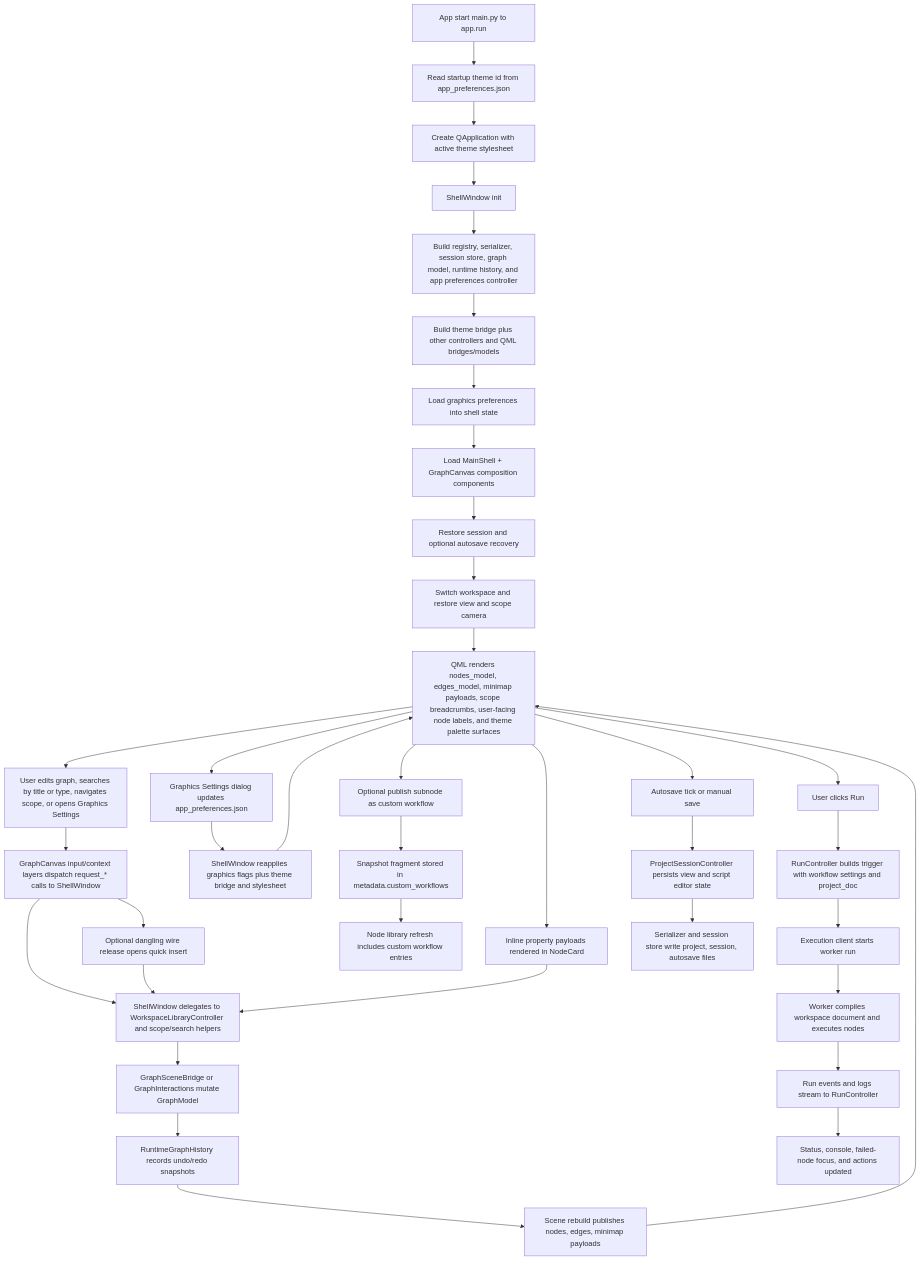
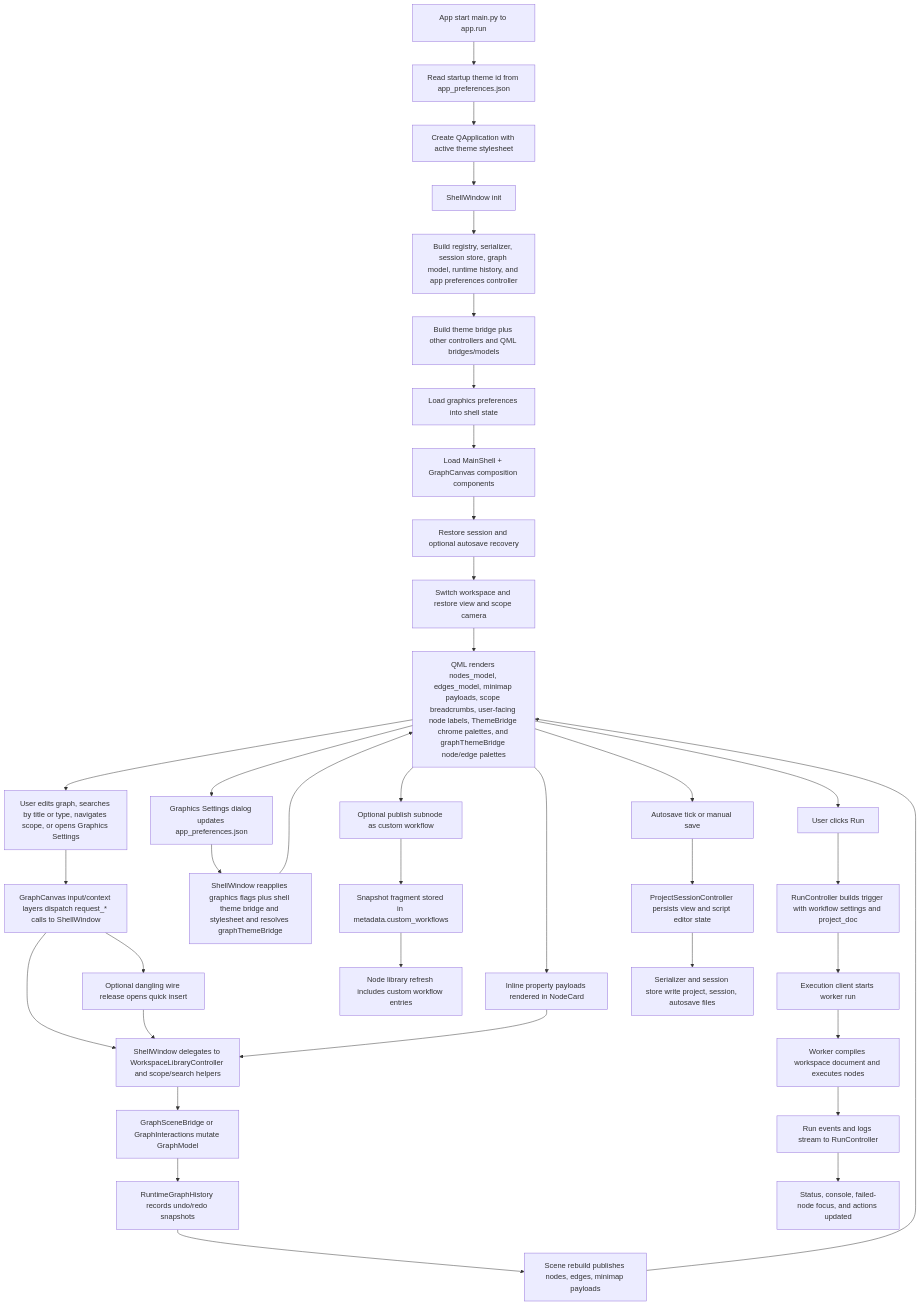
One commit to emreatay993/EA_Node changed the diagram in docs/architecture_diagrams/runtime_pipeline.mmd. Above: the diagram before and after it, drawn with Mermaid. The commit also changed 9 other files, not shown here.

Commit message:
Refresh getting started docs and architecture exports

```diff
--- a/docs/architecture_diagrams/runtime_pipeline.mmd
+++ b/docs/architecture_diagrams/runtime_pipeline.mmd
@@ -1,43 +1,43 @@
 flowchart TD
     A[App start main.py to app.run] --> B[Read startup theme id from app_preferences.json]
     B --> C[Create QApplication with active theme stylesheet]
     C --> D[ShellWindow init]
     D --> E[Build registry, serializer, session store, graph model, runtime history, and app preferences controller]
     E --> F[Build theme bridge plus other controllers and QML bridges/models]
     F --> G[Load graphics preferences into shell state]
     G --> H[Load MainShell + GraphCanvas composition components]
     H --> I[Restore session and optional autosave recovery]
     I --> J[Switch workspace and restore view and scope camera]
-    J --> K[QML renders nodes_model, edges_model, minimap payloads, scope breadcrumbs, user-facing node labels, and theme palette surfaces]
+    J --> K[QML renders nodes_model, edges_model, minimap payloads, scope breadcrumbs, user-facing node labels, ThemeBridge chrome palettes, and graphThemeBridge node/edge palettes]
 
     K --> L[User edits graph, searches by title or type, navigates scope, or opens Graphics Settings]
     L --> M[GraphCanvas input/context layers dispatch request_* calls to ShellWindow]
     M --> N[ShellWindow delegates to WorkspaceLibraryController and scope/search helpers]
     M --> NQ[Optional dangling wire release opens quick insert]
     NQ --> N
     N --> O[GraphSceneBridge or GraphInteractions mutate GraphModel]
     O --> P[RuntimeGraphHistory records undo/redo snapshots]
     P --> Q[Scene rebuild publishes nodes, edges, minimap payloads]
     Q --> K
 
     K --> KP[Graphics Settings dialog updates app_preferences.json]
-    KP --> KR[ShellWindow reapplies graphics flags plus theme bridge and stylesheet]
+    KP --> KR[ShellWindow reapplies graphics flags plus shell theme bridge and stylesheet and resolves graphThemeBridge]
     KR --> K
 
     K --> R[Inline property payloads rendered in NodeCard]
     R --> N
 
     K --> S[Optional publish subnode as custom workflow]
     S --> T[Snapshot fragment stored in metadata.custom_workflows]
     T --> U[Node library refresh includes custom workflow entries]
 
     K --> V[User clicks Run]
     V --> W[RunController builds trigger with workflow settings and project_doc]
     W --> X[Execution client starts worker run]
     X --> Y[Worker compiles workspace document and executes nodes]
     Y --> Z[Run events and logs stream to RunController]
     Z --> ZA[Status, console, failed-node focus, and actions updated]
 
     K --> ZB[Autosave tick or manual save]
     ZB --> ZC[ProjectSessionController persists view and script editor state]
     ZC --> ZD[Serializer and session store write project, session, autosave files]
```
